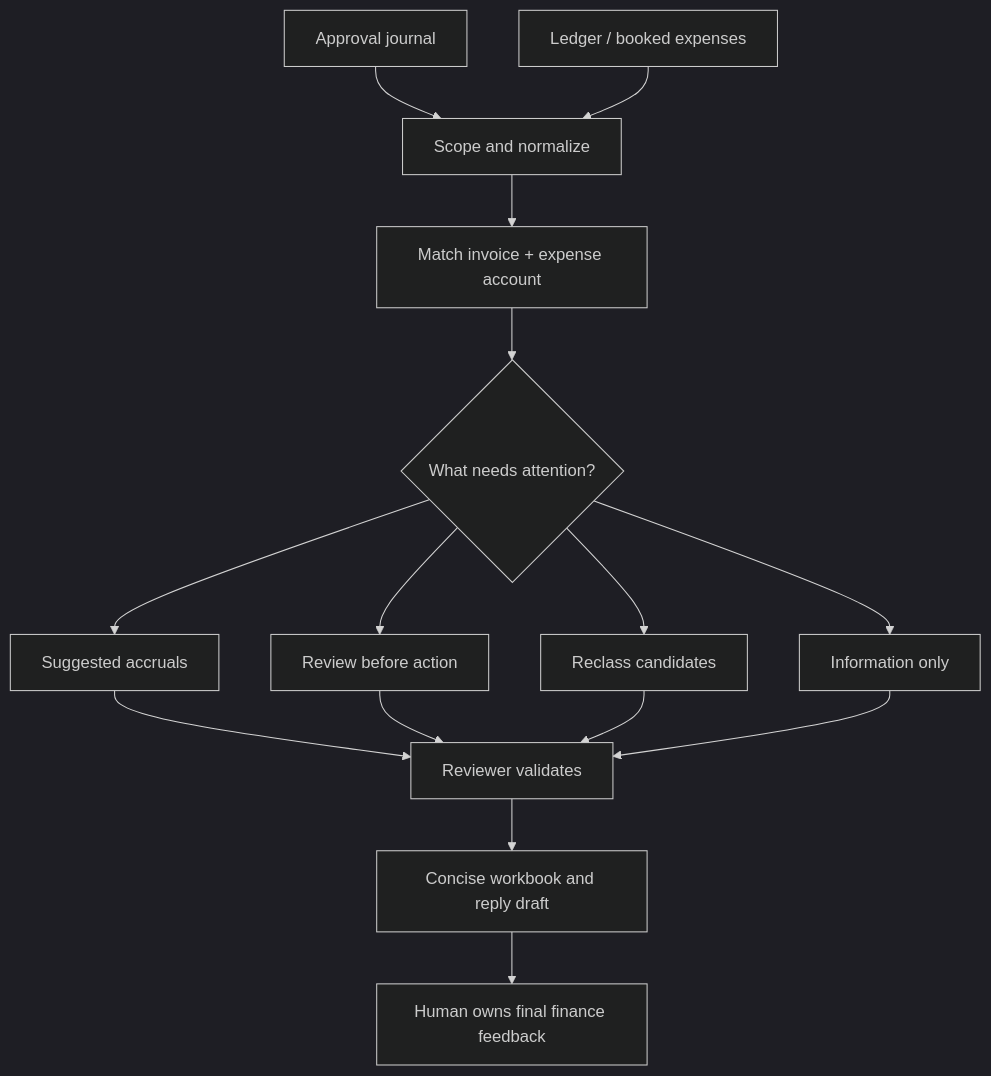
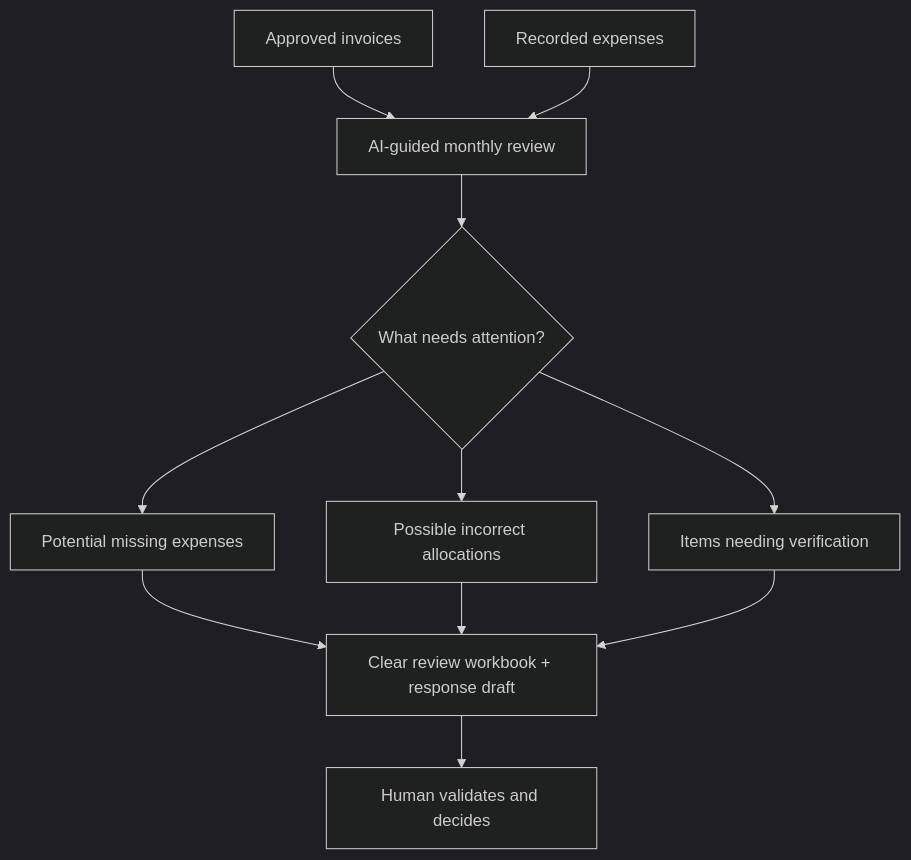
One commit to ericgalvezz/LedgerSignal-AI-Powered-Financial-Reconciliation changed the diagram in README.md. Above: the diagram before and after it, drawn with Mermaid (dark theme). The commit also changed other lines of this file and 2 other files, not shown here.

Commit message:
Tell the LedgerSignal business story before the technical details

````diff
--- a/README.md
+++ b/README.md
@@ -22,17 +40,13 @@
 ```mermaid
 flowchart TD
-    A[Approval journal] --> C[Scope and normalize]
-    B[Ledger / booked expenses] --> C
-    C --> D[Match invoice + expense account]
-    D --> E{What needs attention?}
-    E --> F[Suggested accruals]
-    E --> G[Review before action]
-    E --> H[Reclass candidates]
-    E --> I[Information only]
-    F --> J[Reviewer validates]
-    G --> J
-    H --> J
-    I --> J
-    J --> K[Concise workbook and reply draft]
-    K --> L[Human owns final finance feedback]
+    A[Approved invoices] --> C[AI-guided monthly review]
+    B[Recorded expenses] --> C
+    C --> D{What needs attention?}
+    D --> E[Potential missing expenses]
+    D --> F[Possible incorrect allocations]
+    D --> G[Items needing verification]
+    E --> H[Clear review workbook + response draft]
+    F --> H
+    G --> H
+    H --> I[Human validates and decides]
 ```
````
